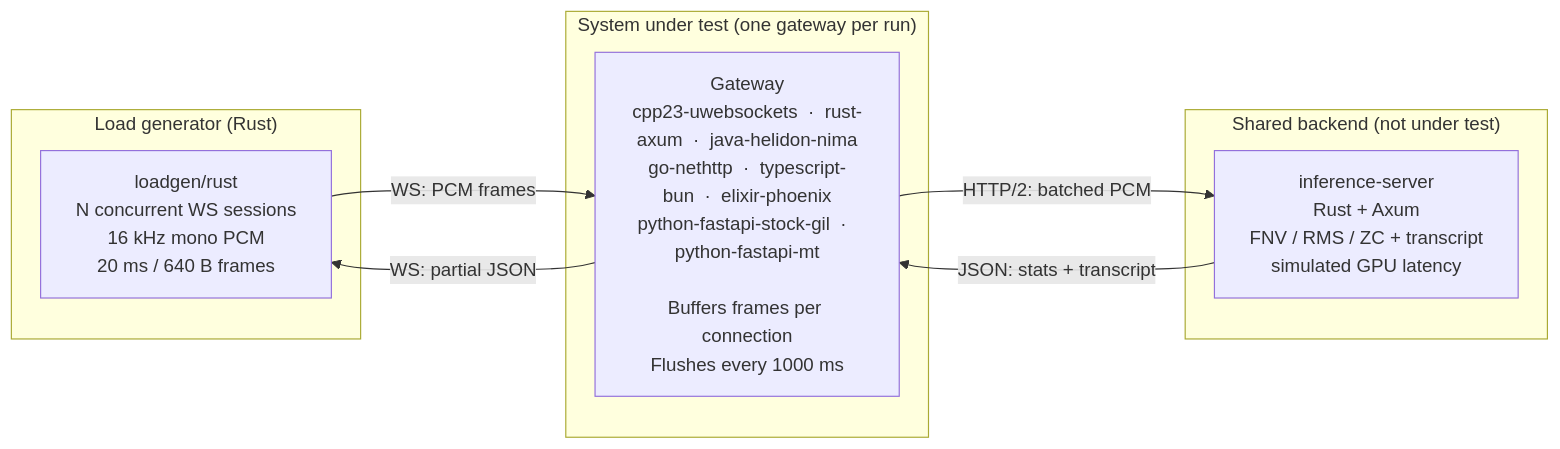
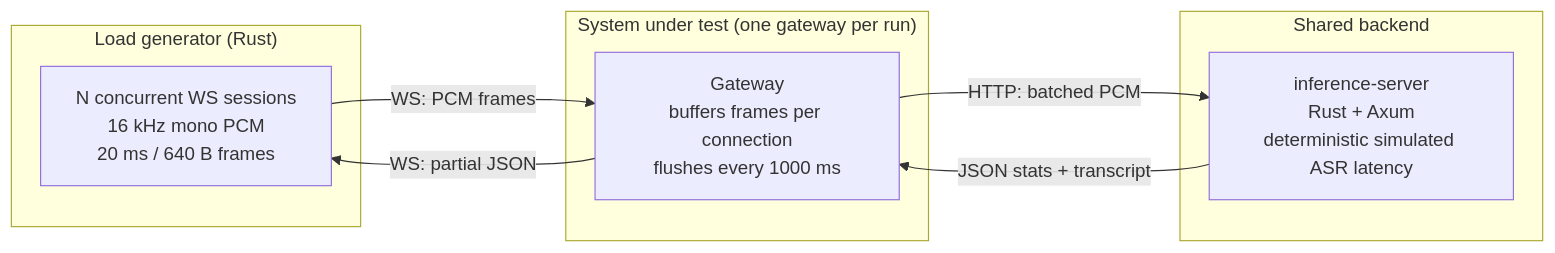
The diagram in README.md (cezarc1/websocket-stt-bench), drawn with Mermaid before and after one commit. The commit also changed other lines of this file and 12 other files, not shown here.

````diff
--- a/README.md
+++ b/README.md
@@ -119,19 +90,19 @@
 ```mermaid
 flowchart LR
     subgraph LG["Load generator (Rust)"]
-        loadgen["loadgen/rust<br/>N concurrent WS sessions<br/>16 kHz mono PCM<br/>20 ms / 640 B frames"]
+        loadgen["N concurrent WS sessions<br/>16 kHz mono PCM<br/>20 ms / 640 B frames"]
     end
 
     subgraph SUT["System under test (one gateway per run)"]
-        gw["Gateway<br/>cpp23-uwebsockets &nbsp;·&nbsp; rust-axum &nbsp;·&nbsp; java-helidon-nima<br/>go-nethttp &nbsp;·&nbsp; typescript-bun &nbsp;·&nbsp; elixir-phoenix<br/>python-fastapi-stock-gil &nbsp;·&nbsp; python-fastapi-mt<br/><br/>Buffers frames per connection<br/>Flushes every 1000 ms"]
+        gw["Gateway<br/>buffers frames per connection<br/>flushes every 1000 ms"]
     end
 
-    subgraph BE["Shared backend (not under test)"]
-        infer["inference-server<br/>Rust + Axum<br/>FNV / RMS / ZC + transcript<br/>simulated GPU latency"]
+    subgraph BE["Shared backend"]
+        infer["inference-server<br/>Rust + Axum<br/>deterministic simulated ASR latency"]
     end
 
     loadgen -- "WS: PCM frames" --> gw
-    gw -- "HTTP/2: batched PCM" --> infer
-    infer -- "JSON: stats + transcript" --> gw
+    gw -- "HTTP: batched PCM" --> infer
+    infer -- "JSON stats + transcript" --> gw
     gw -- "WS: partial JSON" --> loadgen
 ```
````
